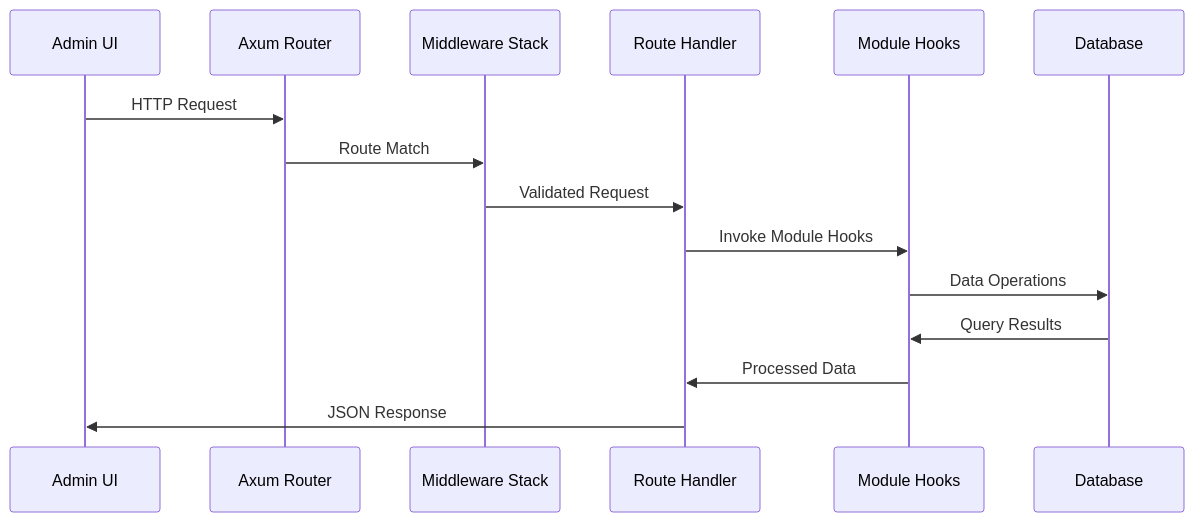
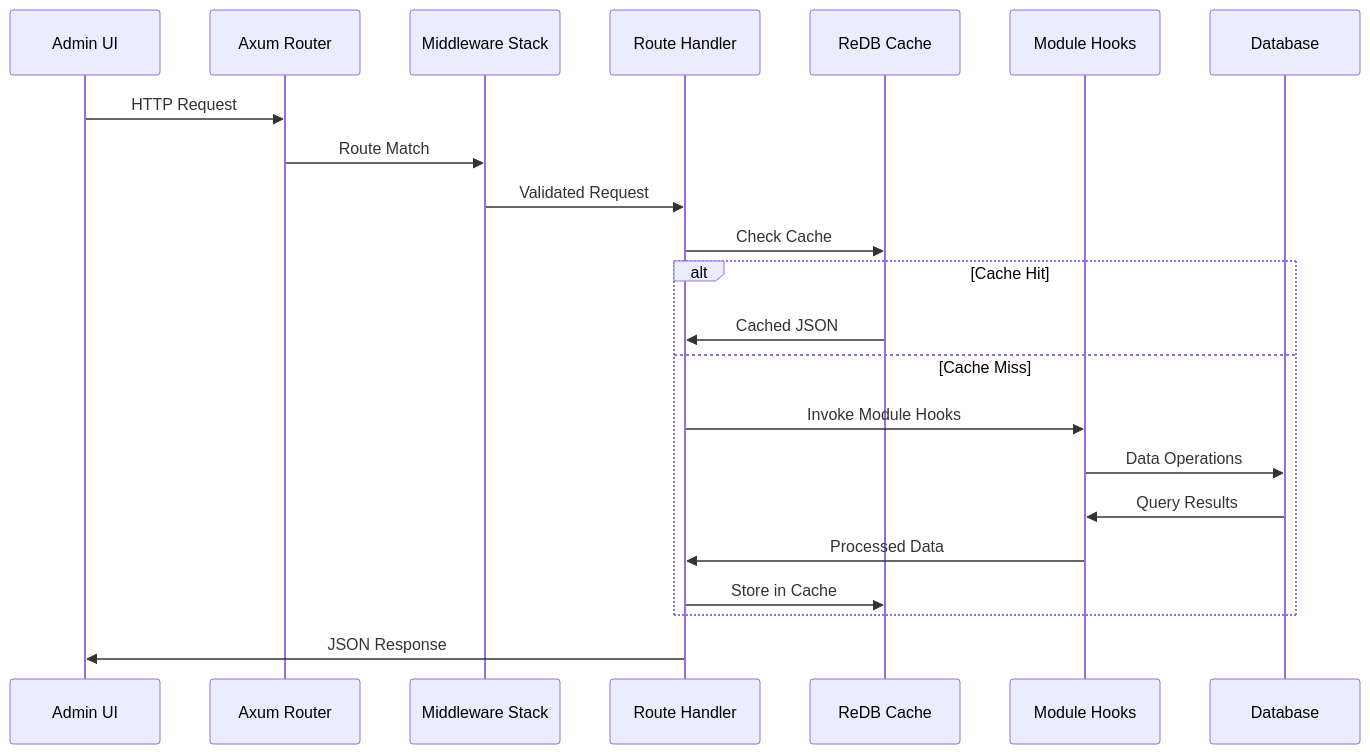
One commit to gatewaynode/marain changed the third of 3 diagrams in documentation/MARAIN-ARCH.md. Above: the diagram before and after it, drawn with Mermaid. The commit also changed other lines of this file and 15 other files, not shown here.

Commit message:
Task-16: Added the JSON cache using ReDB.

````diff
--- a/documentation/MARAIN-ARCH.md
+++ b/documentation/MARAIN-ARCH.md
@@ -145,18 +158,25 @@
 ```mermaid
 sequenceDiagram
     participant Client as Admin UI
     participant Router as Axum Router
     participant Middleware as Middleware Stack
     participant Handler as Route Handler
+    participant Cache as ReDB Cache
     participant Hooks as Module Hooks
     participant DB as Database
     
     Client->>Router: HTTP Request
     Router->>Middleware: Route Match
     Middleware->>Handler: Validated Request
-    Handler->>Hooks: Invoke Module Hooks
-    Hooks->>DB: Data Operations
-    DB->>Hooks: Query Results
-    Hooks->>Handler: Processed Data
+    Handler->>Cache: Check Cache
+    alt Cache Hit
+        Cache->>Handler: Cached JSON
+    else Cache Miss
+        Handler->>Hooks: Invoke Module Hooks
+        Hooks->>DB: Data Operations
+        DB->>Hooks: Query Results
+        Hooks->>Handler: Processed Data
+        Handler->>Cache: Store in Cache
+    end
     Handler->>Client: JSON Response
 ```
````
